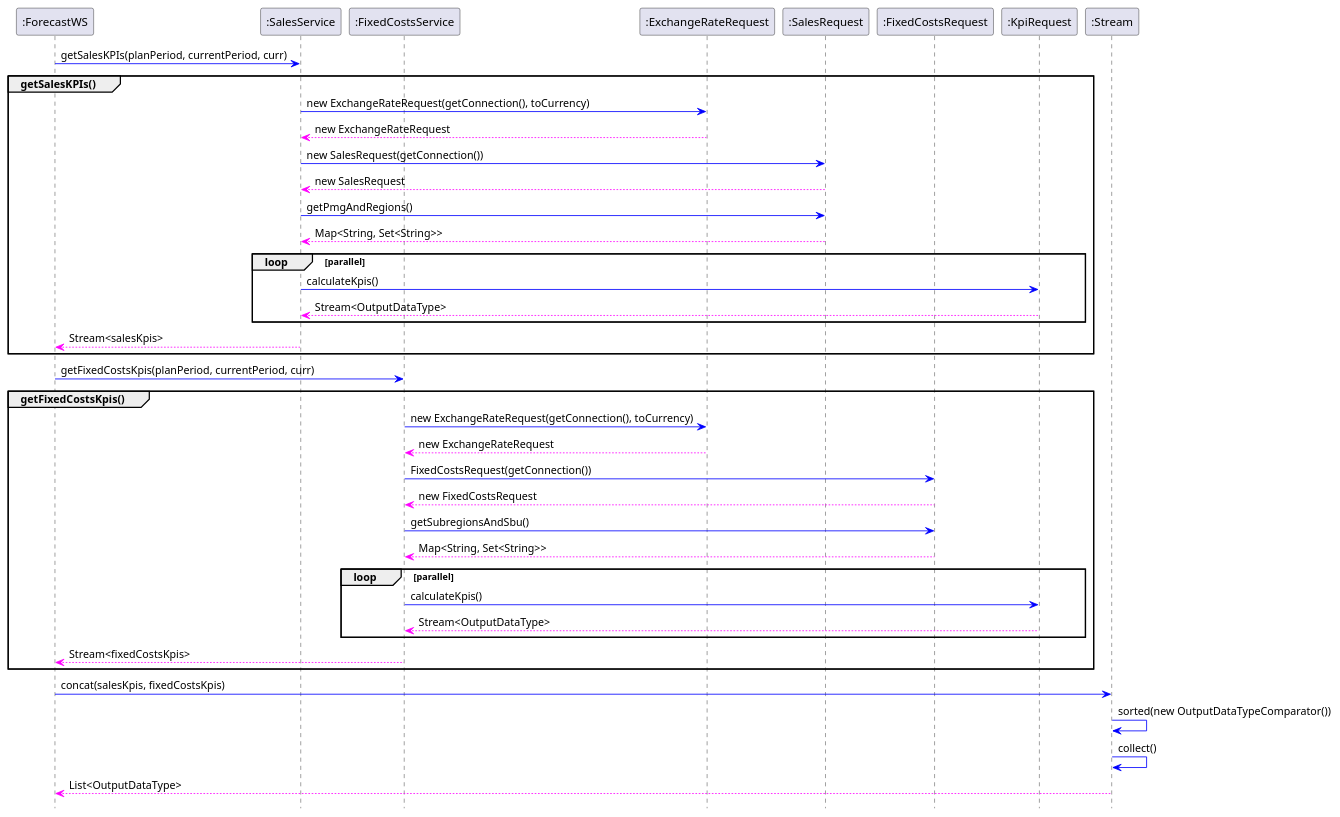
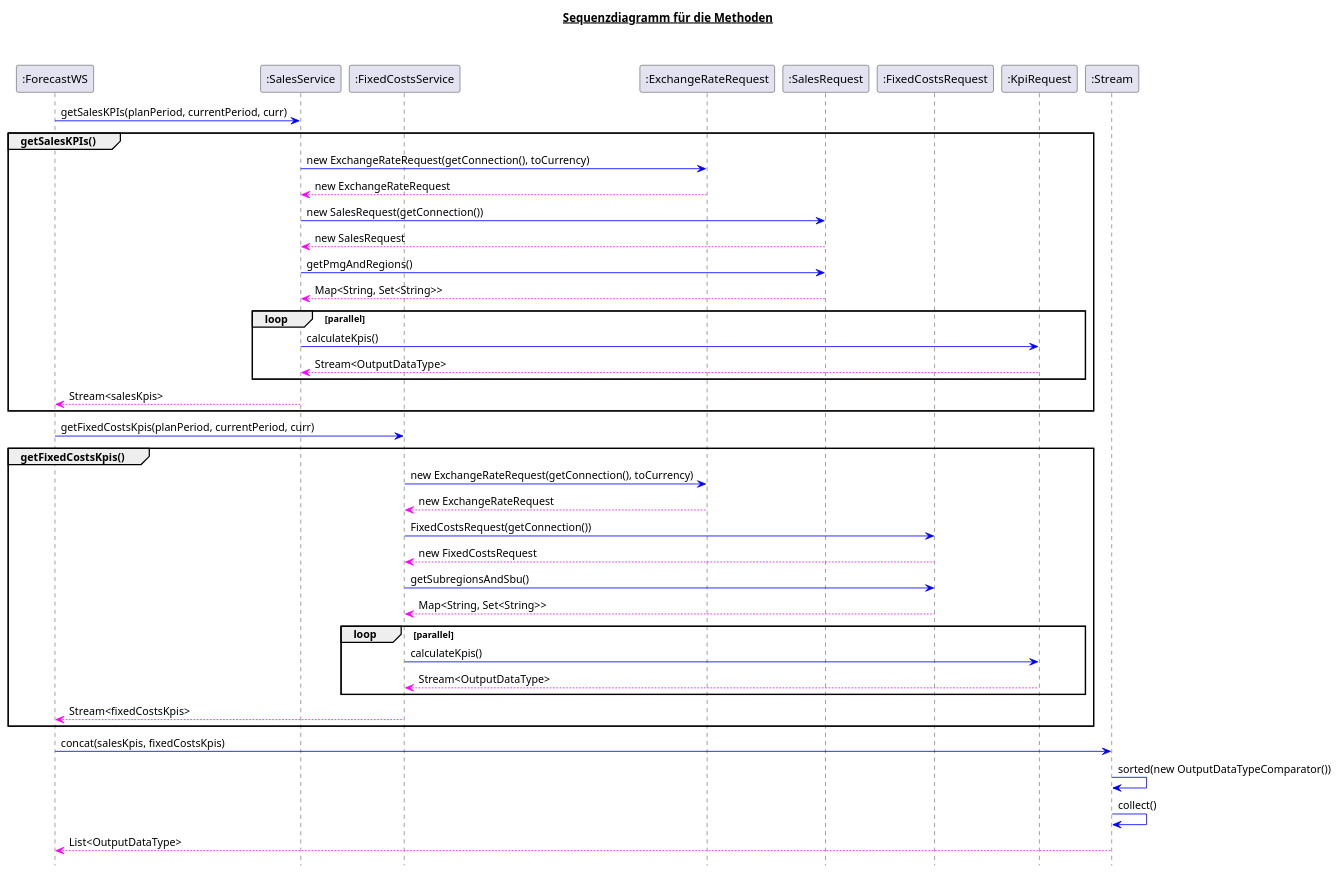
Before and after one commit to wagnst/forecast-cassandra: the diagram in diagrams/sequence/sequence_methods.puml, drawn with PlantUML.

Commit message:
update sequence_diagramm

```diff
--- a/diagrams/sequence/sequence_methods.puml
+++ b/diagrams/sequence/sequence_methods.puml
@@ -1,49 +1,52 @@
 @startuml
 
 hide footbox
+title __Sequenzdiagramm für die Methoden__\n\n
+
+
 participant  ":ForecastWS"
 participant  ":SalesService"
 participant  ":FixedCostsService"
 participant  ":ExchangeRateRequest"
 participant  ":SalesRequest"
 participant  ":FixedCostsRequest"
 participant  ":KpiRequest"
 participant  ":Stream"
 
 
 
 ":ForecastWS" -[#0000FF]> ":SalesService" : getSalesKPIs(planPeriod, currentPeriod, curr)
 group getSalesKPIs()
 ":SalesService" -[#0000FF]> ":ExchangeRateRequest" : new ExchangeRateRequest(getConnection(), toCurrency)
 ":ExchangeRateRequest" --[#FF00FF]> ":SalesService" : new ExchangeRateRequest
 ":SalesService" -[#0000FF]> ":SalesRequest" : new SalesRequest(getConnection())
 ":SalesRequest" --[#FF00FF]> ":SalesService" : new SalesRequest
 ":SalesService" -[#0000FF]> ":SalesRequest" : getPmgAndRegions()
 ":SalesRequest" --[#FF00FF]> ":SalesService" : Map<String, Set<String>>
 loop parallel
     ":SalesService" -[#0000FF]> ":KpiRequest": calculateKpis()
     ":KpiRequest" --[#FF00FF]> ":SalesService" : Stream<OutputDataType>
 end
 ":SalesService" --[#FF00FF]> ":ForecastWS" : Stream<salesKpis>
 end
 
 ":ForecastWS" -[#0000FF]> ":FixedCostsService" : getFixedCostsKpis(planPeriod, currentPeriod, curr)
 group getFixedCostsKpis()
 ":FixedCostsService" -[#0000FF]> ":ExchangeRateRequest" : new ExchangeRateRequest(getConnection(), toCurrency)
 ":ExchangeRateRequest" --[#FF00FF]> ":FixedCostsService" : new ExchangeRateRequest
 ":FixedCostsService" -[#0000FF]> ":FixedCostsRequest" : FixedCostsRequest(getConnection())
 ":FixedCostsRequest" --[#FF00FF]> ":FixedCostsService" : new FixedCostsRequest
 ":FixedCostsService" -[#0000FF]> ":FixedCostsRequest" : getSubregionsAndSbu()
 ":FixedCostsRequest" --[#FF00FF]> ":FixedCostsService" : Map<String, Set<String>>
 loop parallel
     ":FixedCostsService" -[#0000FF]> ":KpiRequest": calculateKpis()
     ":KpiRequest" --[#FF00FF]> ":FixedCostsService" : Stream<OutputDataType>
 end
 ":FixedCostsService" --[#FF00FF]> ":ForecastWS" : Stream<fixedCostsKpis>
 end
 
 ":ForecastWS" -[#0000FF]> ":Stream" : concat(salesKpis, fixedCostsKpis)
 ":Stream" -[#0000FF]> ":Stream" : sorted(new OutputDataTypeComparator())
 ":Stream" -[#0000FF]> ":Stream" : collect()
 ":Stream" --[#FF00FF]> ":ForecastWS" : List<OutputDataType>
 @enduml
```
